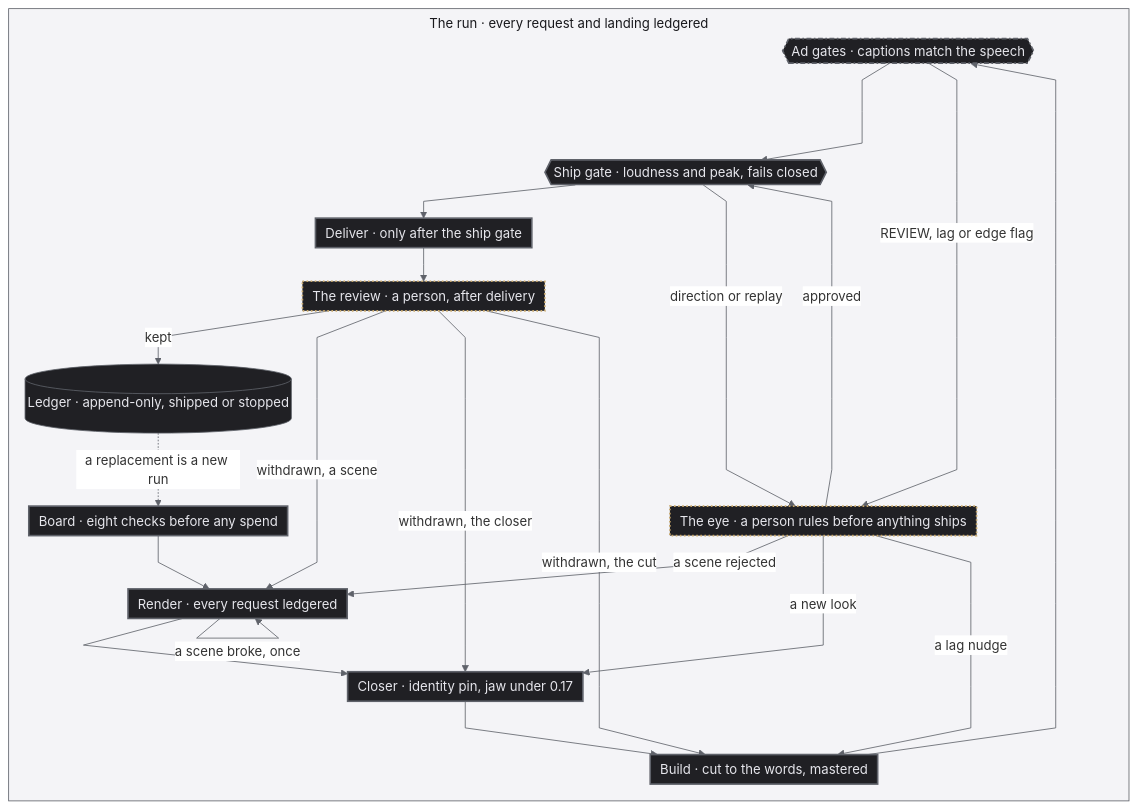
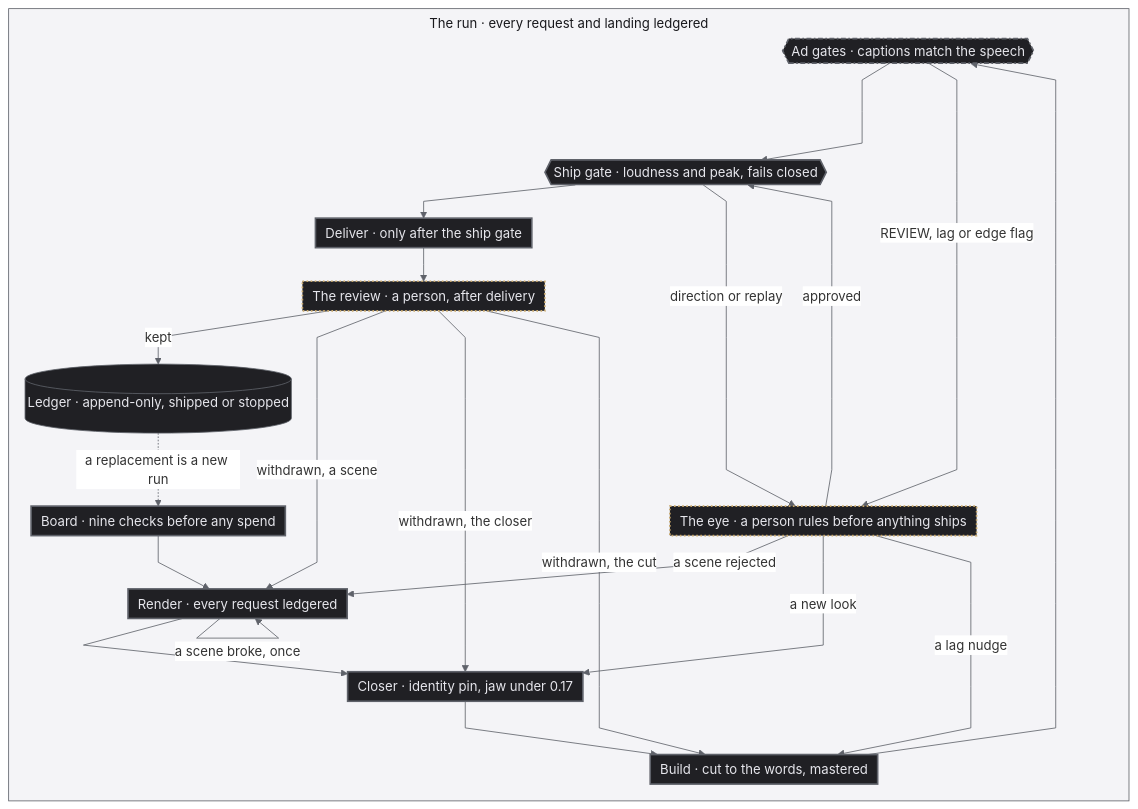
The diagram in README.md (jameswniu/autonomous-ads-pipeline-multimodal-evals), drawn with Mermaid before and after one commit. The commit also changed other lines of this file and 20 other files, not shown here.

````diff
--- a/README.md
+++ b/README.md
@@ -169,40 +169,40 @@
 ```mermaid
 %%{init: {'flowchart': {'curve': 'linear', 'nodeSpacing': 20, 'rankSpacing': 16, 'padding': 6, 'diagramPadding': 2, 'wrappingWidth': 520, 'subGraphTitleMargin': {'top': 6, 'bottom': 10}}, 'themeVariables': {'fontSize': '16px', 'lineColor': '#5f626a', 'edgeLabelBackground': '#ffffff', 'clusterBkg': '#f4f4f7', 'clusterBorder': '#5f626a', 'titleColor': '#18181c'}}}%%
 flowchart TD
     subgraph RUN["The run · every request and landing ledgered"]
         direction TB
         ad_gates{{"Ad gates · captions match the speech"}}
         %% GH is an invisible twin of the eye, it balances the spine so the steps stay in one column
         ad_gates ~~~ GH["The eye · a person rules before anything ships"]
         GH ~~~ ship_gate
-        board["Board · eight checks before any spend"] --> render["Render · every request ledgered"] --> closer["Closer · identity pin, jaw under 0.17"] --> build["Build · cut to the words, mastered"] --> ad_gates --> ship_gate{{"Ship gate · loudness and peak, fails closed"}} --> deliver["Deliver · only after the ship gate"]
+        board["Board · nine checks before any spend"] --> render["Render · every request ledgered"] --> closer["Closer · identity pin, jaw under 0.17"] --> build["Build · cut to the words, mastered"] --> ad_gates --> ship_gate{{"Ship gate · loudness and peak, fails closed"}} --> deliver["Deliver · only after the ship gate"]
         deliver --> review["The review · a person, after delivery"]
         review -->|"kept"| ledger[("Ledger · append-only, shipped or stopped")]
         render -->|"a scene broke, once"| render
         ad_gates -->|"REVIEW, lag or edge flag"| eye["The eye · a person rules before anything ships"]
         eye -->|"approved"| ship_gate
         eye -->|"a scene rejected"| render
         eye -->|"a new look"| closer
         eye -->|"a lag nudge"| build
         ship_gate -->|"direction or replay"| eye
         review -->|"withdrawn, a scene"| render
         review -->|"withdrawn, the closer"| closer
         review -->|"withdrawn, the cut"| build
         ledger -.->|"a replacement is a new run"| board
     end
 
     classDef run fill:#202024,stroke:#5f626a,color:#e6e6ec
     classDef process fill:#202024,stroke:#5f626a,stroke-width:2px,color:#e6e6ec
     classDef outcome fill:#202024,stroke:#5f626a,stroke-width:2px,stroke-dasharray:6 3,color:#e6e6ec
     classDef quality fill:#202024,stroke:#c9a86a,stroke-width:2px,stroke-dasharray:2 3,color:#e6e6ec
     classDef shared fill:#202024,stroke:#5f626a,stroke-width:2px,stroke-dasharray:6 3 2 3,color:#e6e6ec
     classDef ghost fill:none,stroke:none,color:transparent
     class ledger run
     class board,render,closer,build,ship_gate,deliver process
     class ad_gates outcome
     class ad_gates quality
     class ad_gates shared
     class eye,review quality
     class GH ghost
     style RUN fill:#f4f4f7,stroke:#5f626a,color:#18181c
 ```
````
